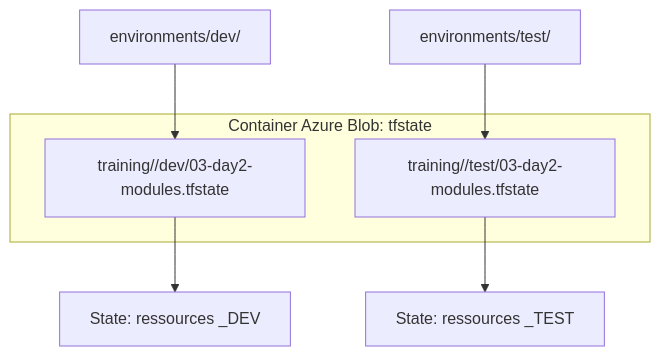
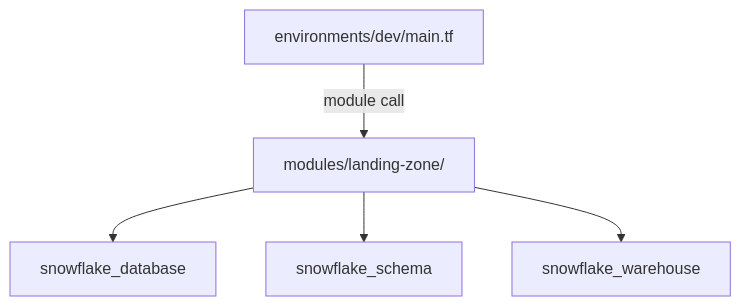
One commit to msellamiTN/Snowflake-terraform changed the second of 2 diagrams in courses/day-02/module-05-modules/lab.md. Above: the diagram before and after it, drawn with Mermaid. The commit also changed other lines of this file and 10 other files, not shown here.

````diff
--- a/courses/day-02/module-05-modules/lab.md
+++ b/courses/day-02/module-05-modules/lab.md
@@ -351,11 +24,7 @@
 ```mermaid
-flowchart TB
-    subgraph "Container Azure Blob: tfstate"
-        KEY_DEV["training/<team>/dev/03-day2-modules.tfstate"]
-        KEY_TEST["training/<team>/test/03-day2-modules.tfstate"]
-    end
-    DEV_ROOT[environments/dev/] --> KEY_DEV
-    TEST_ROOT[environments/test/] --> KEY_TEST
-    KEY_DEV --> DEV_STATE[State: ressources _DEV]
-    KEY_TEST --> TEST_STATE[State: ressources _TEST]
+flowchart TD
+    ENV[environments/dev/main.tf] -->|module call| MOD[modules/landing-zone/]
+    MOD --> DB[snowflake_database]
+    MOD --> SC[snowflake_schema]
+    MOD --> WH[snowflake_warehouse]
 ```
````
